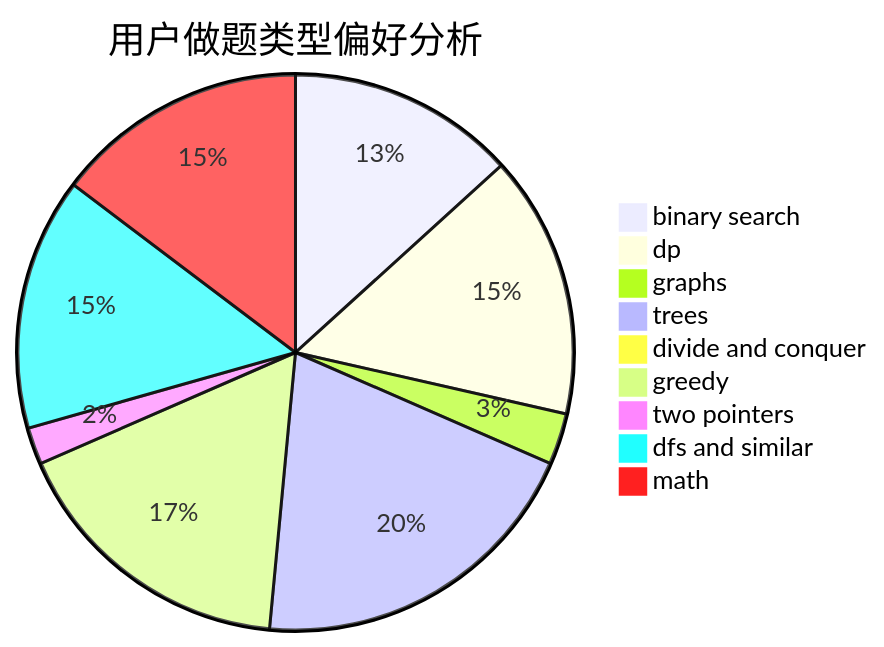
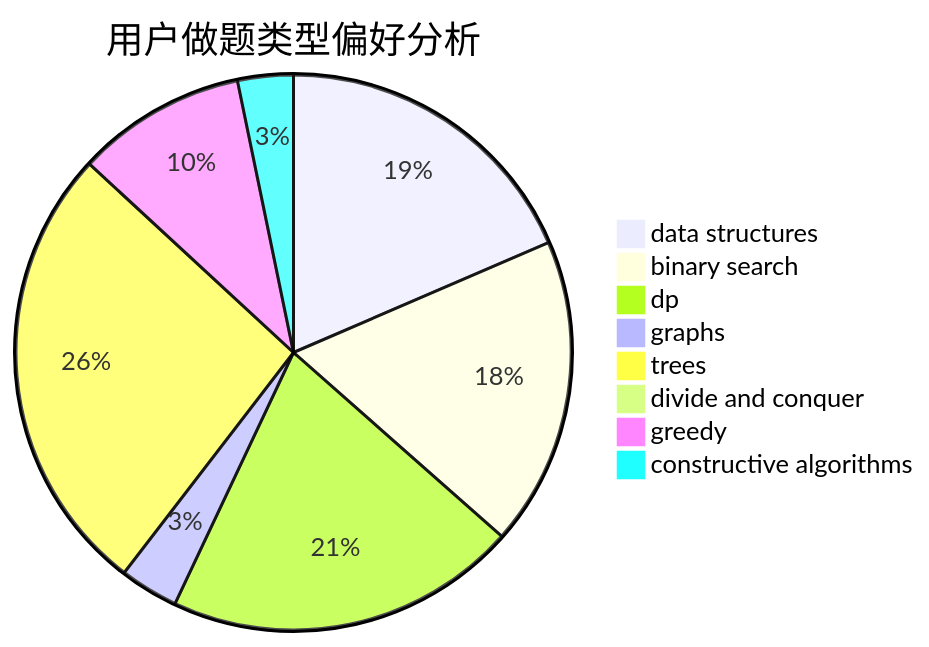
Before and after one commit to sherpahu/cfrs.github.io: the second of 3 diagrams in docs/user/u937.md, drawn with Mermaid. The commit also changed other lines of this file and 2775 other files, not shown here.

````diff
--- a/docs/user/u937.md
+++ b/docs/user/u937.md
@@ -23,12 +23,11 @@
 ```mermaid
 pie title 用户做题类型偏好分析
-    "binary search" :  111
-    "dp" :  128
-    "graphs" :  25
-    "trees" :  167
+    "data structures" :  103
+    "binary search" :  100
+    "dp" :  114
+    "graphs" :  19
+    "trees" :  147
     "divide and conquer" :  0
-    "greedy" :  142
-    "two pointers" :  18
-    "dfs and similar" :  123
-    "math" :  123
+    "greedy" :  55
+    "constructive algorithms" :  18
 ```
````
